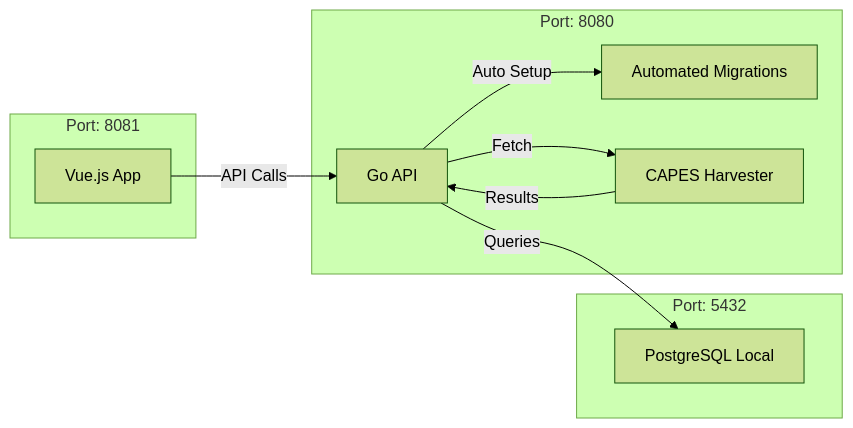
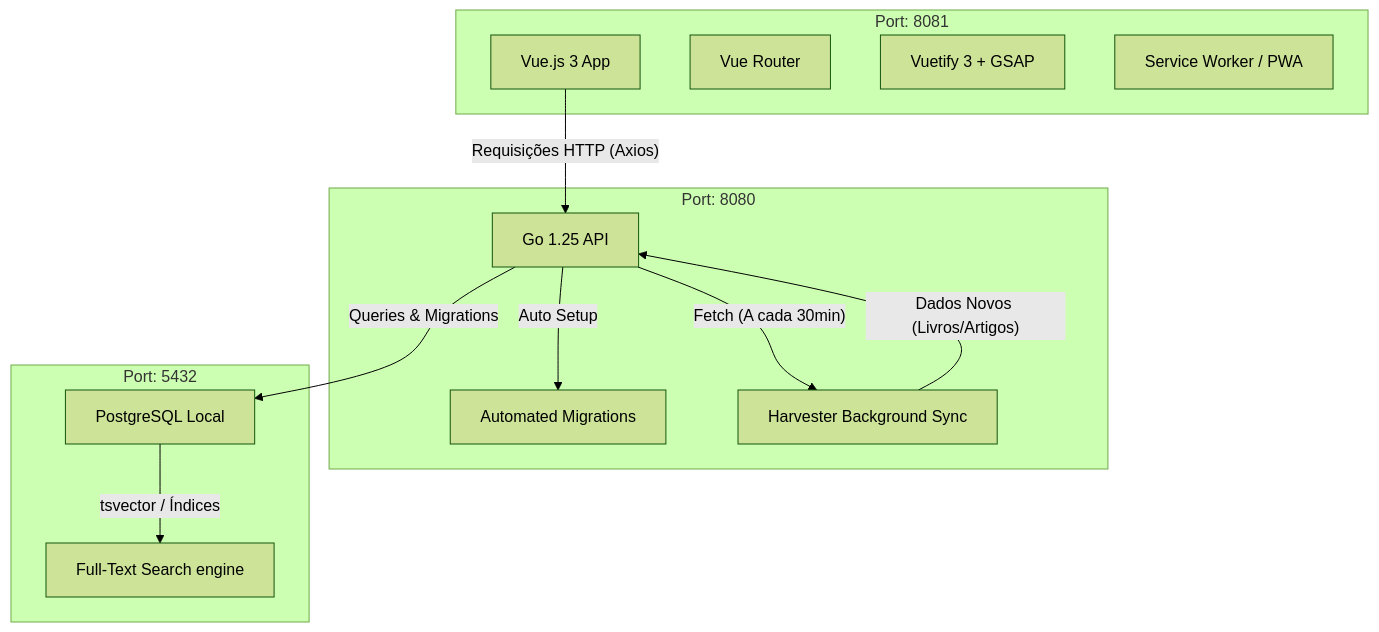
One commit to GabrielHJM/BIBLIOTECA-DIGITAL-ACERVO-UFGD changed the diagram in README_ECOSSISTEMA.md. Above: the diagram before and after it, drawn with Mermaid (forest theme). The commit also changed other lines of this file, not shown here.

````diff
--- a/README_ECOSSISTEMA.md
+++ b/README_ECOSSISTEMA.md
@@ -7,20 +11,27 @@
 ```mermaid
-graph LR
+graph TD
     subgraph Frontend [Port: 8081]
-        V[Vue.js App]
+        V[Vue.js 3 App]
+        VR[Vue Router]
+        VU[Vuetify 3 + GSAP]
+        PWA[Service Worker / PWA]
     end
+
     subgraph Backend [Port: 8080]
-        G[Go API]
+        G[Go 1.25 API]
         M[Automated Migrations]
-        H[CAPES Harvester]
+        H[Harvester Background Sync]
     end
+
     subgraph Database [Port: 5432]
         P[PostgreSQL Local]
+        FTS[Full-Text Search engine]
     end
 
-    V -- API Calls --> G
-    G -- Queries --> P
+    V -- Requisições HTTP (Axios) --> G
+    G -- Queries & Migrations --> P
     G -- Auto Setup --> M
-    G -- Fetch --> H
-    H -- Results --> G
+    G -- Fetch (A cada 30min) --> H
+    H -- Dados Novos (Livros/Artigos) --> G
+    P -- tsvector / Índices --> FTS
 ```
````
